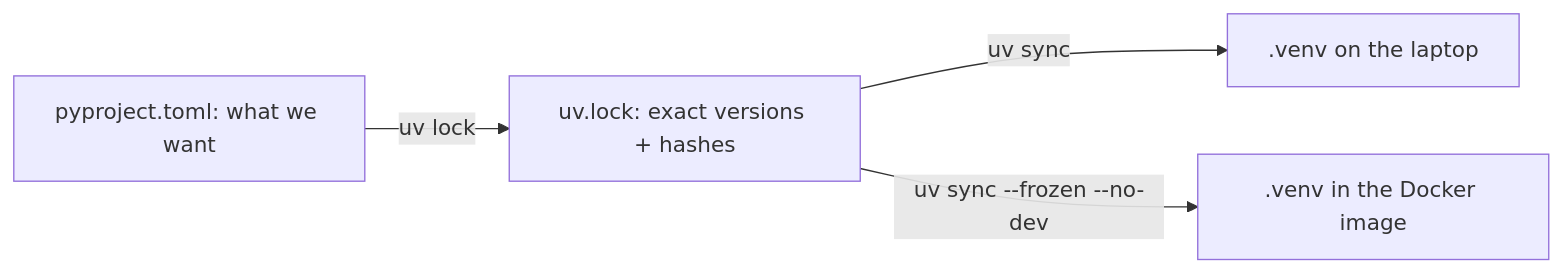
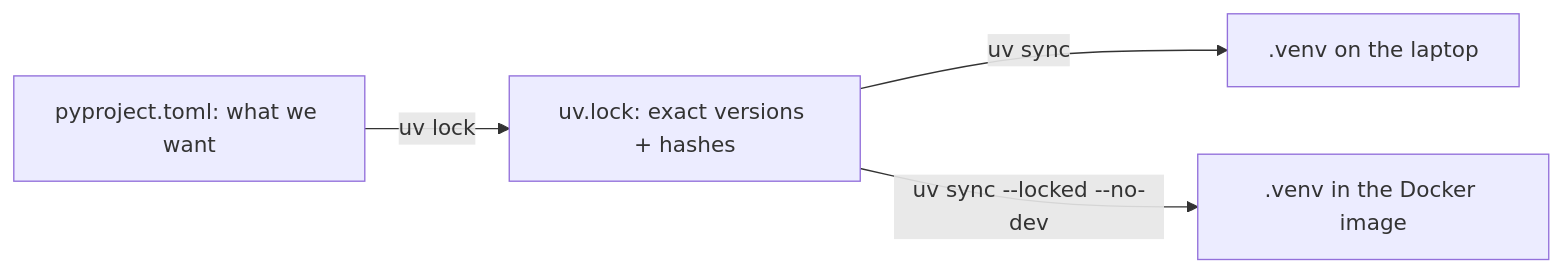
The diagram in review_sessions/blog_post_10.14_10.21_andrew_fastapi_docker.md (andrewtclim/meal-prep-app), drawn with Mermaid before and after one commit. The commit also changed other lines of this file and 3 other files, not shown here.

Commit message:
Use uv sync --locked so a stale lockfile fails the build

````diff
--- a/review_sessions/blog_post_10.14_10.21_andrew_fastapi_docker.md
+++ b/review_sessions/blog_post_10.14_10.21_andrew_fastapi_docker.md
@@ -67,6 +67,6 @@
 ```mermaid
 flowchart LR
   PP[pyproject.toml: what we want] -->|uv lock| LK[uv.lock: exact versions + hashes]
   LK -->|uv sync| V[.venv on the laptop]
-  LK -->|uv sync --frozen --no-dev| D[.venv in the Docker image]
+  LK -->|uv sync --locked --no-dev| D[.venv in the Docker image]
 ```
````
